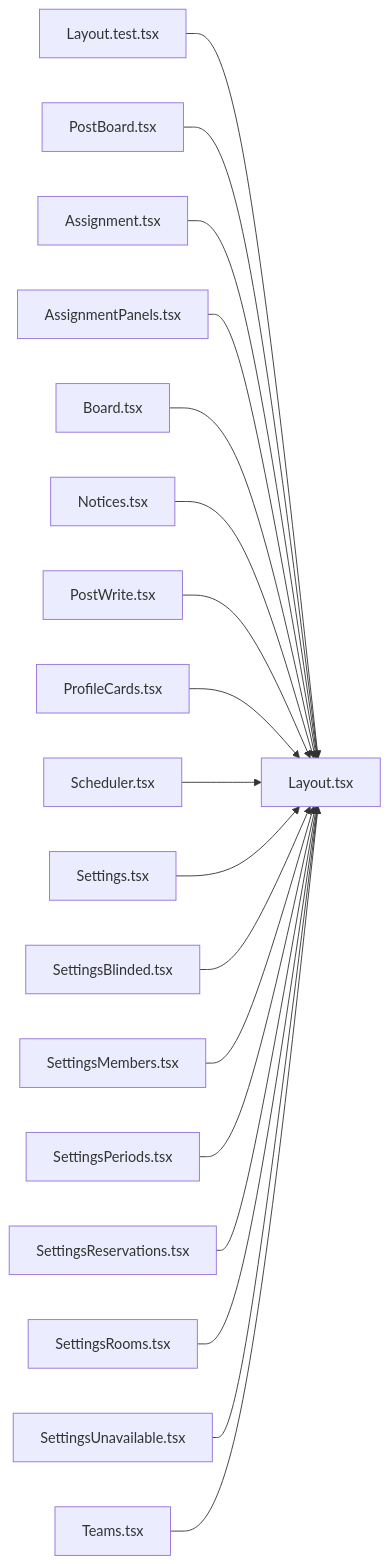
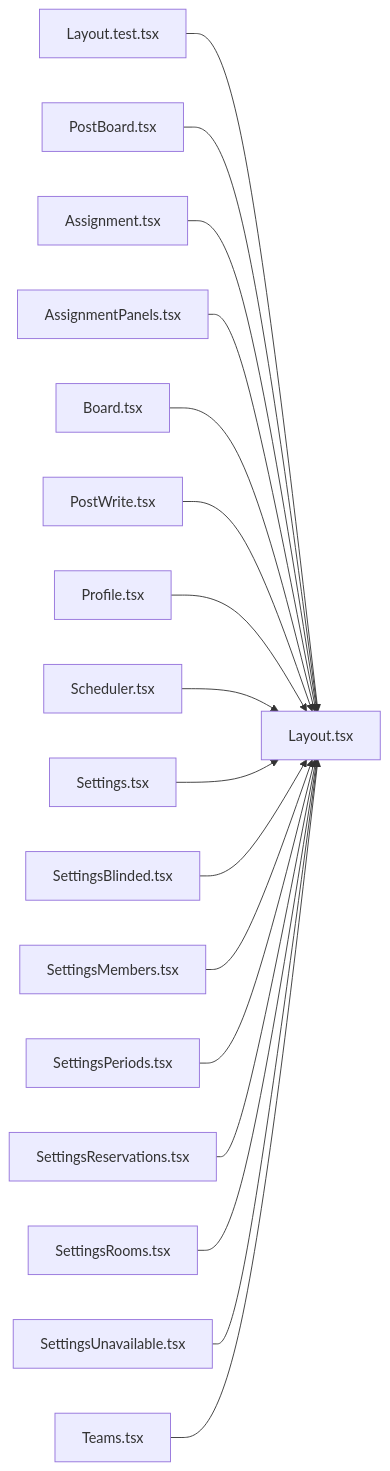
Before and after one commit to minkong-dev/Banblit: the diagram in .cluedoc/graph/frontend/src/components/Layout.md, drawn with Mermaid. The commit also changed other lines of this file and 78 other files, not shown here.

Commit message:
frontend: merge single-function files into Board, Profile, Search, controls, loading and pipeline

````diff
--- a/.cluedoc/graph/frontend/src/components/Layout.md
+++ b/.cluedoc/graph/frontend/src/components/Layout.md
@@ -10,21 +10,20 @@
 ```mermaid
 flowchart LR
   frontend_src_components_Layout["Layout.tsx"]
   frontend_src_components_Layout_test["Layout.test.tsx"] --> frontend_src_components_Layout
   frontend_src_components_PostBoard["PostBoard.tsx"] --> frontend_src_components_Layout
   frontend_src_routes_Assignment["Assignment.tsx"] --> frontend_src_components_Layout
   frontend_src_routes_AssignmentPanels["AssignmentPanels.tsx"] --> frontend_src_components_Layout
   frontend_src_routes_Board["Board.tsx"] --> frontend_src_components_Layout
-  frontend_src_routes_Notices["Notices.tsx"] --> frontend_src_components_Layout
   frontend_src_routes_PostWrite["PostWrite.tsx"] --> frontend_src_components_Layout
-  frontend_src_routes_ProfileCards["ProfileCards.tsx"] --> frontend_src_components_Layout
+  frontend_src_routes_Profile["Profile.tsx"] --> frontend_src_components_Layout
   frontend_src_routes_Scheduler["Scheduler.tsx"] --> frontend_src_components_Layout
   frontend_src_routes_Settings["Settings.tsx"] --> frontend_src_components_Layout
   frontend_src_routes_SettingsBlinded["SettingsBlinded.tsx"] --> frontend_src_components_Layout
   frontend_src_routes_SettingsMembers["SettingsMembers.tsx"] --> frontend_src_components_Layout
   frontend_src_routes_SettingsPeriods["SettingsPeriods.tsx"] --> frontend_src_components_Layout
   frontend_src_routes_SettingsReservations["SettingsReservations.tsx"] --> frontend_src_components_Layout
   frontend_src_routes_SettingsRooms["SettingsRooms.tsx"] --> frontend_src_components_Layout
   frontend_src_routes_SettingsUnavailable["SettingsUnavailable.tsx"] --> frontend_src_components_Layout
   frontend_src_routes_Teams["Teams.tsx"] --> frontend_src_components_Layout
 ```
````
